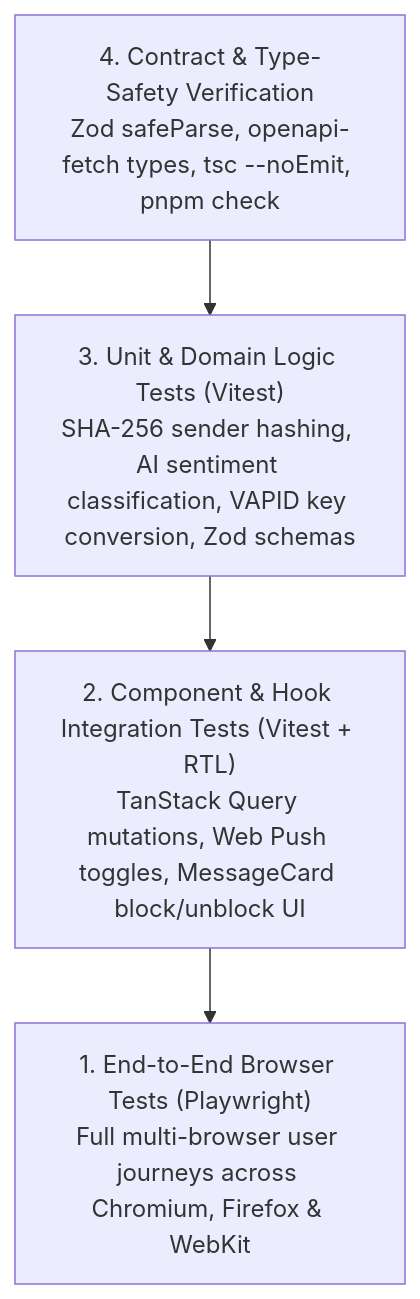
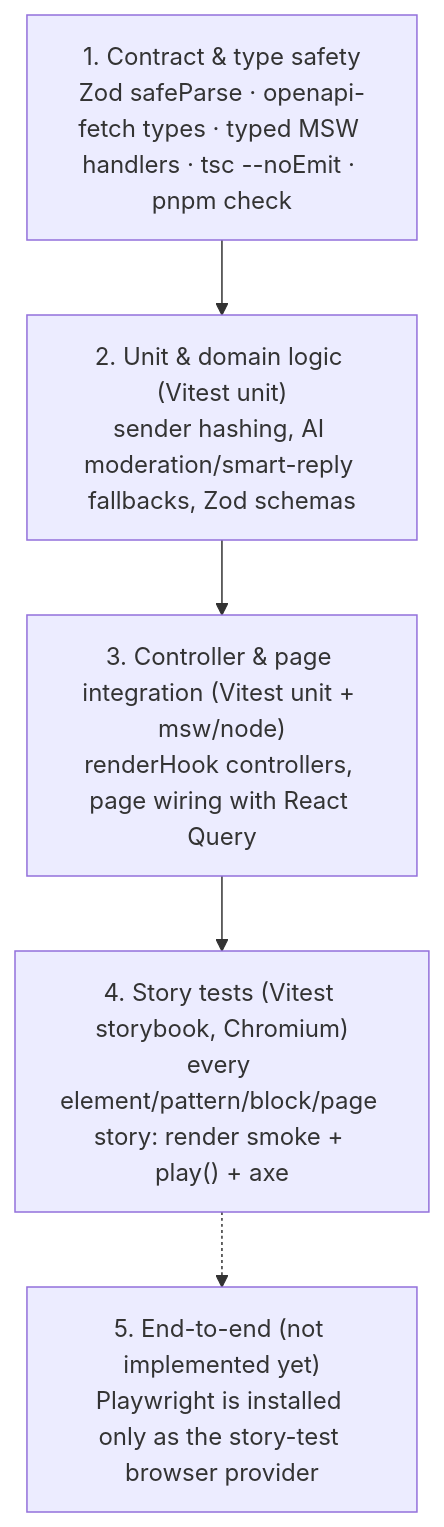
The diagram in docs/07-testing-strategy.md (Abbas4tech/GhostMsg), drawn with Mermaid before and after one commit. The commit also changed other lines of this file and 394 other files, not shown here.

Commit message:
feat(components): four-tier architecture, Storybook 10 story-driven testing, MSW and generated docs

````diff
--- a/docs/07-testing-strategy.md
+++ b/docs/07-testing-strategy.md
@@ -9,9 +13,10 @@
 ```mermaid
 flowchart TD
-    E2E["1. End-to-End Browser Tests (Playwright)\nFull multi-browser user journeys across Chromium, Firefox & WebKit"]
-    HOOKS["2. Component & Hook Integration Tests (Vitest + RTL)\nTanStack Query mutations, Web Push toggles, MessageCard block/unblock UI"]
-    UNIT["3. Unit & Domain Logic Tests (Vitest)\nSHA-256 sender hashing, AI sentiment classification, VAPID key conversion, Zod schemas"]
-    CONTRACT["4. Contract & Type-Safety Verification\nZod safeParse, openapi-fetch types, tsc --noEmit, pnpm check"]
+    CONTRACT["1. Contract & type safety<br/>Zod safeParse · openapi-fetch types · typed MSW handlers · tsc --noEmit · pnpm check"]
+    UNIT["2. Unit & domain logic (Vitest unit)<br/>sender hashing, AI moderation/smart-reply fallbacks, Zod schemas"]
+    INTEG["3. Controller & page integration (Vitest unit + msw/node)<br/>renderHook controllers, page wiring with React Query"]
+    STORIES["4. Story tests (Vitest storybook, Chromium)<br/>every element/pattern/block/page story: render smoke + play() + axe"]
+    E2E["5. End-to-end (not implemented yet)<br/>Playwright is installed only as the story-test browser provider"]
 
-    CONTRACT --> UNIT --> HOOKS --> E2E
+    CONTRACT --> UNIT --> INTEG --> STORIES -.-> E2E
 ```
````
